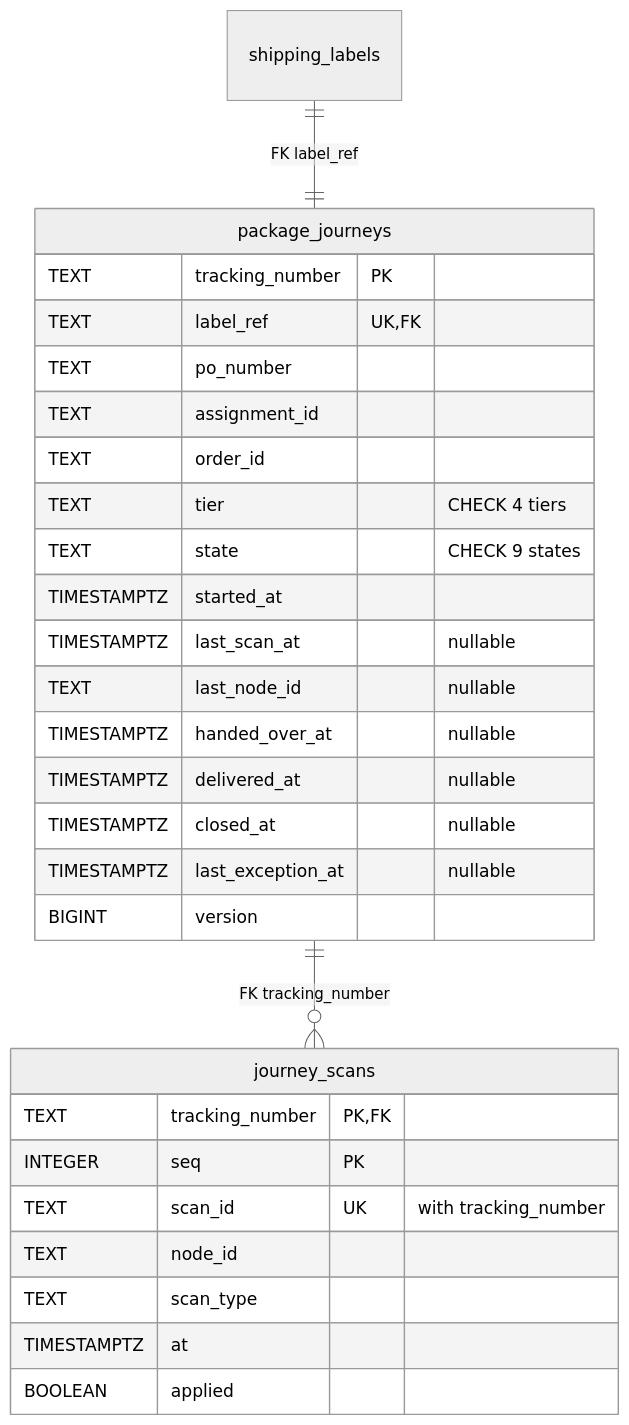
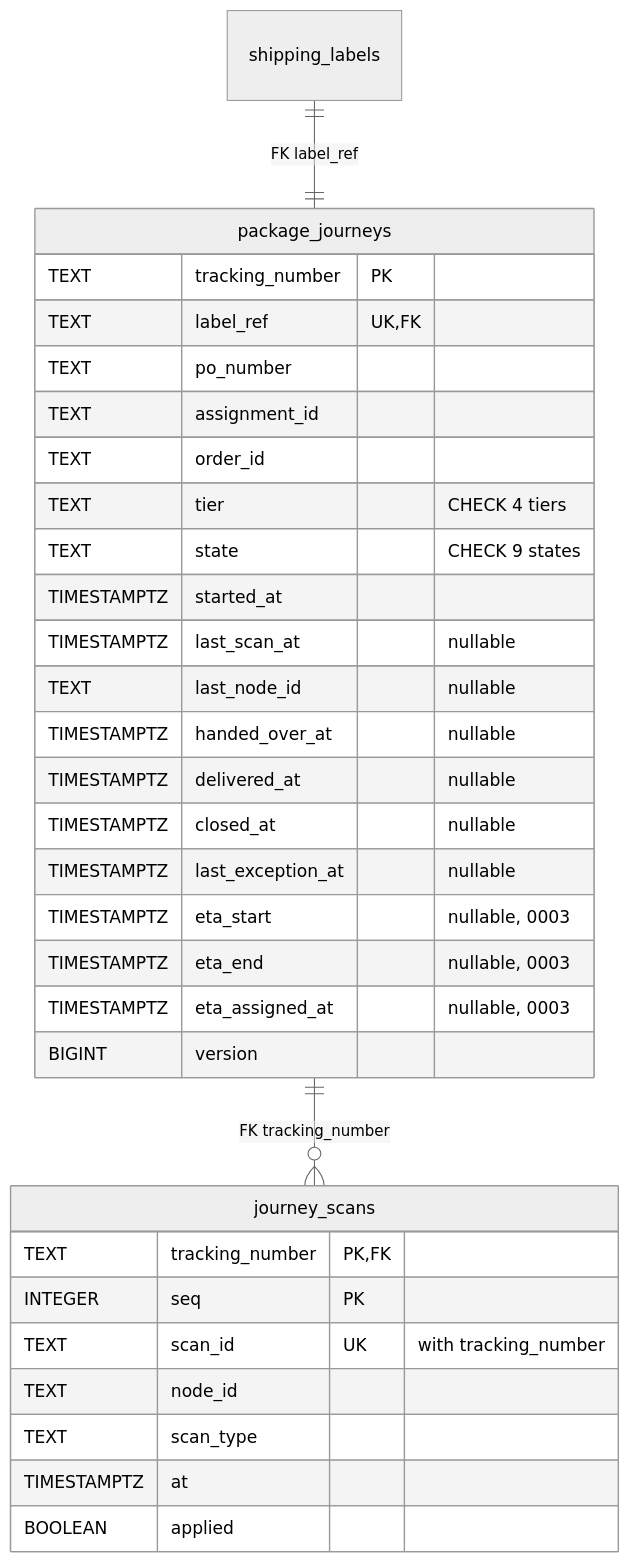
Before and after one commit to IQVO/shipping-and-tracking: the second of 5 diagrams in docs/docs/ddd/entity-relationship.md, drawn with Mermaid (neutral theme). The commit also changed other lines of this file and 17 other files, not shown here.

````diff
--- a/docs/docs/ddd/entity-relationship.md
+++ b/docs/docs/ddd/entity-relationship.md
@@ -49,31 +49,34 @@
 ```mermaid
 erDiagram
     shipping_labels ||--|| package_journeys : "FK label_ref"
     package_journeys ||--o{ journey_scans : "FK tracking_number"
     package_journeys {
         TEXT tracking_number PK
         TEXT label_ref UK, FK
         TEXT po_number
         TEXT assignment_id
         TEXT order_id
         TEXT tier "CHECK 4 tiers"
         TEXT state "CHECK 9 states"
         TIMESTAMPTZ started_at
         TIMESTAMPTZ last_scan_at "nullable"
         TEXT last_node_id "nullable"
         TIMESTAMPTZ handed_over_at "nullable"
         TIMESTAMPTZ delivered_at "nullable"
         TIMESTAMPTZ closed_at "nullable"
         TIMESTAMPTZ last_exception_at "nullable"
+        TIMESTAMPTZ eta_start "nullable, 0003"
+        TIMESTAMPTZ eta_end "nullable, 0003"
+        TIMESTAMPTZ eta_assigned_at "nullable, 0003"
         BIGINT version
     }
     journey_scans {
         TEXT tracking_number PK, FK
         INTEGER seq PK
         TEXT scan_id UK "with tracking_number"
         TEXT node_id
         TEXT scan_type
         TIMESTAMPTZ at
         BOOLEAN applied
     }
 ```
````
